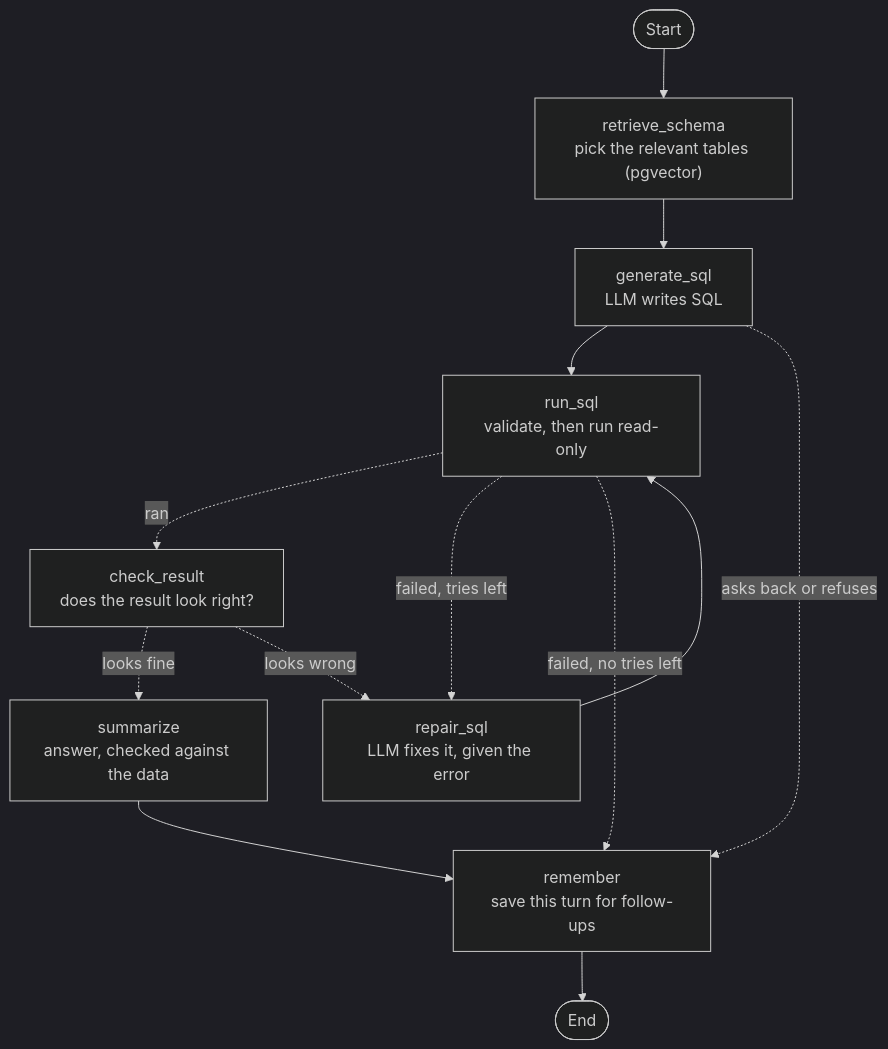
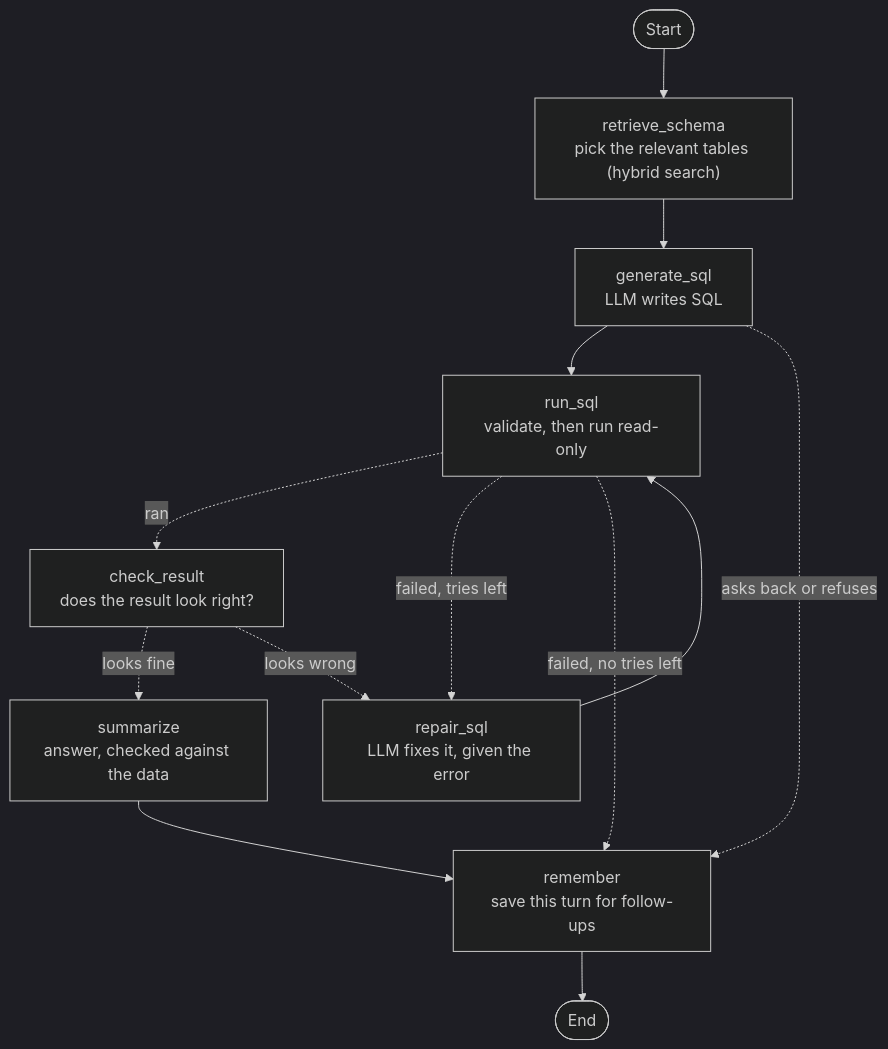
The diagram in README.md (Mohamed-Dahy/querymind), drawn with Mermaid (dark theme) before and after one commit. The commit also changed other lines of this file and 11 other files, not shown here.

Commit message:
feat: hybrid schema retrieval with RRF (Phase 3.4): 58/58 questions get every needed table

````diff
--- a/README.md
+++ b/README.md
@@ -51,15 +53,15 @@
 ```mermaid
 graph TD;
     start([Start]) --> retrieve_schema;
-    retrieve_schema["retrieve_schema<br/>pick the relevant tables (pgvector)"] --> generate_sql;
+    retrieve_schema["retrieve_schema<br/>pick the relevant tables (hybrid search)"] --> generate_sql;
     generate_sql["generate_sql<br/>LLM writes SQL"] --> run_sql;
     run_sql["run_sql<br/>validate, then run read-only"] -. ran .-> check_result;
     run_sql -. failed, tries left .-> repair_sql;
     run_sql -. failed, no tries left .-> remember;
     generate_sql -. asks back or refuses .-> remember;
     check_result["check_result<br/>does the result look right?"] -. looks fine .-> summarize;
     check_result -. looks wrong .-> repair_sql;
     repair_sql["repair_sql<br/>LLM fixes it, given the error"] --> run_sql;
     summarize["summarize<br/>answer, checked against the data"] --> remember;
     remember["remember<br/>save this turn for follow-ups"] --> done([End]);
 ```
````
